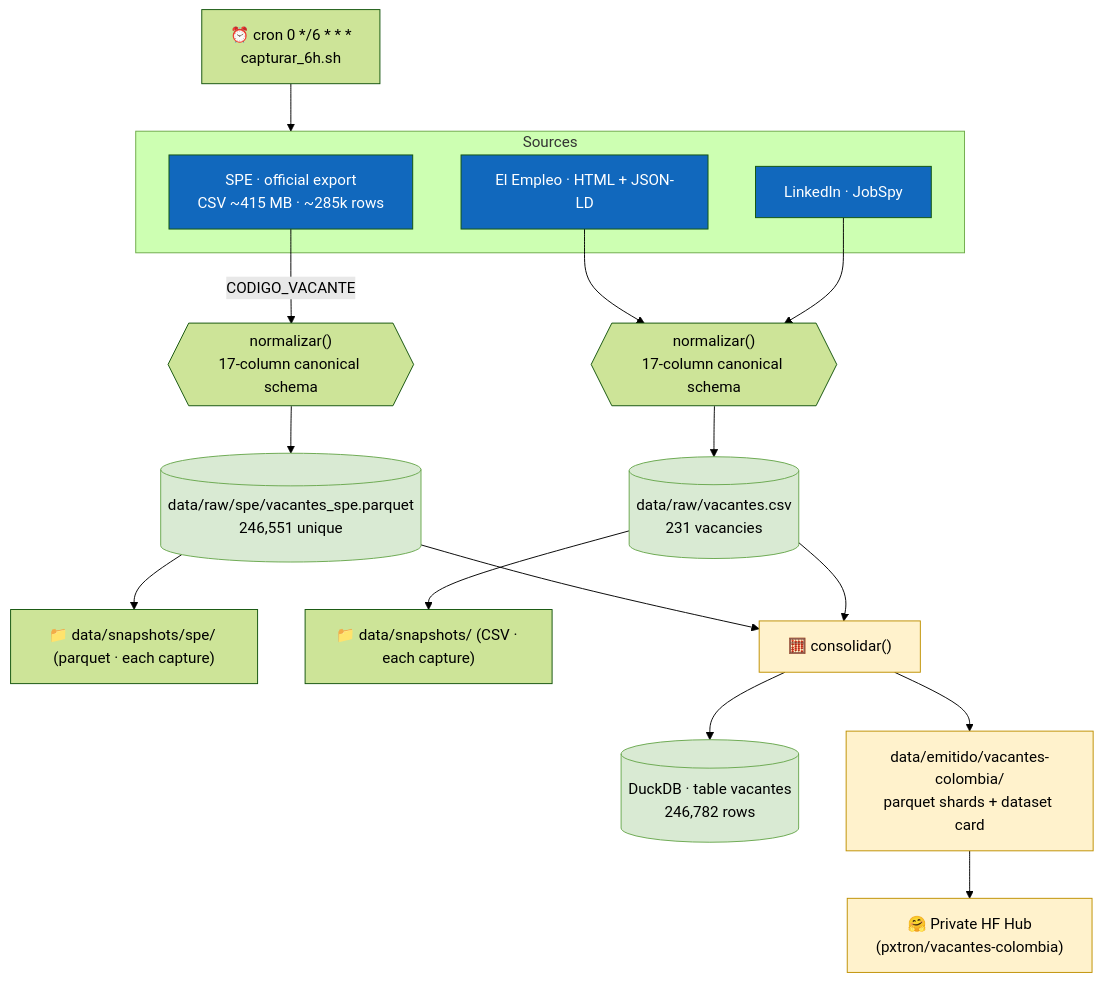
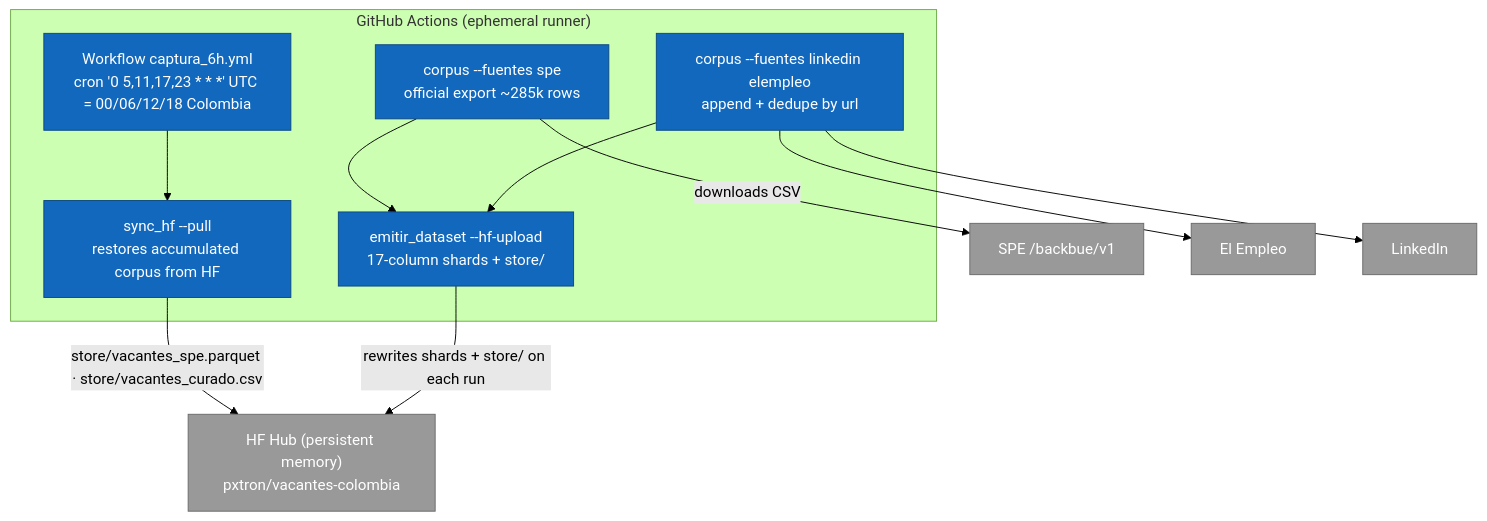
One commit to shalom-A26/SEXTANTE changed the second of 3 diagrams in README.en.md. Above: the diagram before and after it, drawn with Mermaid (forest theme). The commit also changed other lines of this file and 8 other files, not shown here.

First line of the commit message:
feat: captura en GitHub Actions con Hugging Face como memoria persistente

````diff
--- a/README.en.md
+++ b/README.en.md
@@ -75,33 +71,29 @@
 ```mermaid
 flowchart TB
-    subgraph SOURCES[Sources]
-        sp["SPE · official export<br/>CSV ~415 MB · ~285k rows"]
-        ee["El Empleo · HTML + JSON-LD"]
-        li["LinkedIn · JobSpy"]
+    subgraph GH["GitHub Actions (ephemeral runner)"]
+        wf["Workflow captura_6h.yml<br/>cron '0 5,11,17,23 * * *' UTC = 00/06/12/18 Colombia"]
+        pull["sync_hf --pull<br/>restores accumulated corpus from HF"]
+        sp["corpus --fuentes spe<br/>official export ~285k rows"]
+        cu["corpus --fuentes linkedin elempleo<br/>append + dedupe by url"]
+        em["emitir_dataset --hf-upload<br/>17-column shards + store/"]
     end
 
-    sp -->|CODIGO_VACANTE| dn{{"normalizar()<br/>17-column canonical schema"}}
-    ee --> ds{{"normalizar()<br/>17-column canonical schema"}}
-    li --> ds
+    hub["HF Hub (persistent memory)<br/>pxtron/vacantes-colombia"]
+    fsp["SPE /backbue/v1"]
+    fee["El Empleo"]
+    fli["LinkedIn"]
 
-    dn --> p1[("data/raw/spe/vacantes_spe.parquet<br/>246,551 unique")]
-    ds --> p2[("data/raw/vacantes.csv<br/>231 vacancies")]
+    wf --> pull
+    pull -->|"store/vacantes_spe.parquet · store/vacantes_curado.csv"| hub
+    sp -->|"downloads CSV"| fsp
+    cu --> fee
+    cu --> fli
+    sp --> em
+    cu --> em
+    em -->|"rewrites shards + store/ on each run"| hub
 
-    p1 --> snap1["📁 data/snapshots/spe/ (parquet · each capture)"]
-    p2 --> snap2["📁 data/snapshots/ (CSV · each capture)"]
-
-    p1 --> cons["🧮 consolidar()"]
-    p2 --> cons
-    cons --> dk[("DuckDB · table vacantes<br/>246,782 rows")]
-    cons --> hfdir["data/emitido/vacantes-colombia/<br/>parquet shards + dataset card"]
-    hfdir --> hub["🤗 Private HF Hub<br/>(pxtron/vacantes-colombia)"]
-
-    cron["⏰ cron 0 */6 * * *<br/>capturar_6h.sh"] --> SOURCES
-
-    classDef dfuente fill:#1168bd,color:#fff;
-    classDef dstore fill:#d9ead3,stroke:#6aa84f;
-    classDef demit fill:#fff2cc,stroke:#bf9000;
-    class sp,ee,li dfuente;
-    class p1,p2,dk dstore;
-    class hfdir,hub,cons demit;
+    classDef nube fill:#1168bd,color:#fff,stroke:#0b4884;
+    classDef ext fill:#999999,color:#fff,stroke:#6b6b6b;
+    class wf,pull,sp,cu,em nube;
+    class hub,fsp,fee,fli ext;
 ```
````
